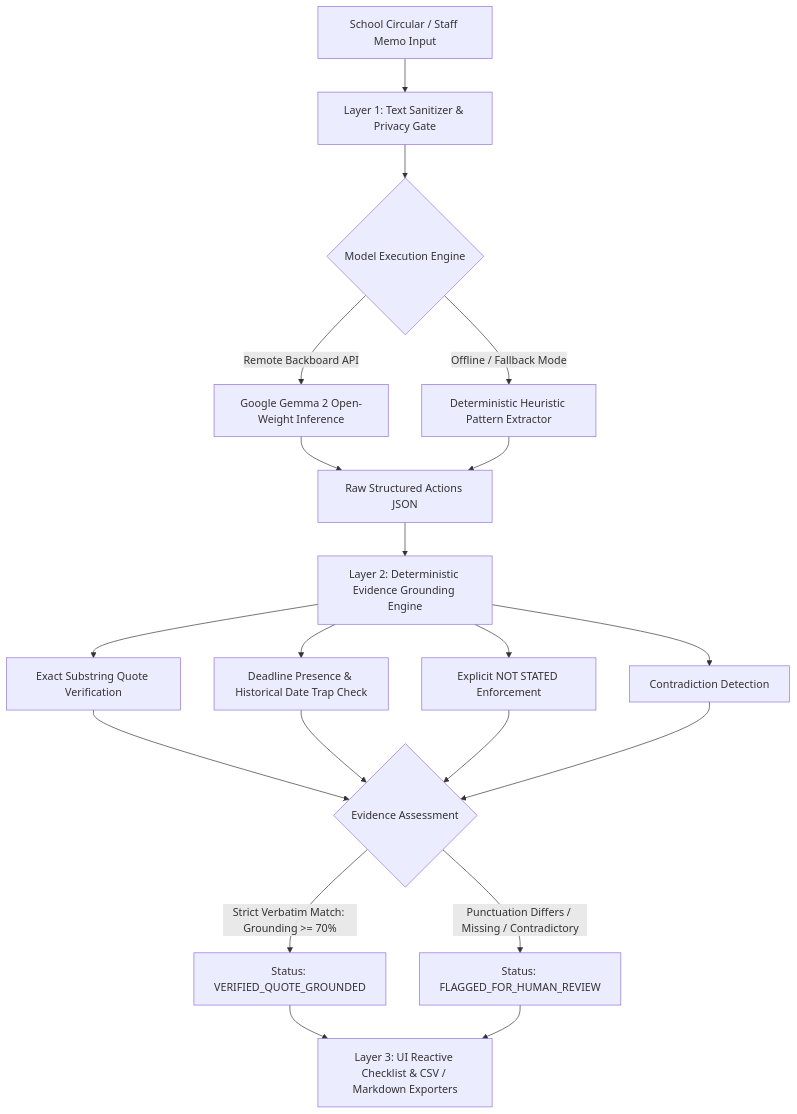
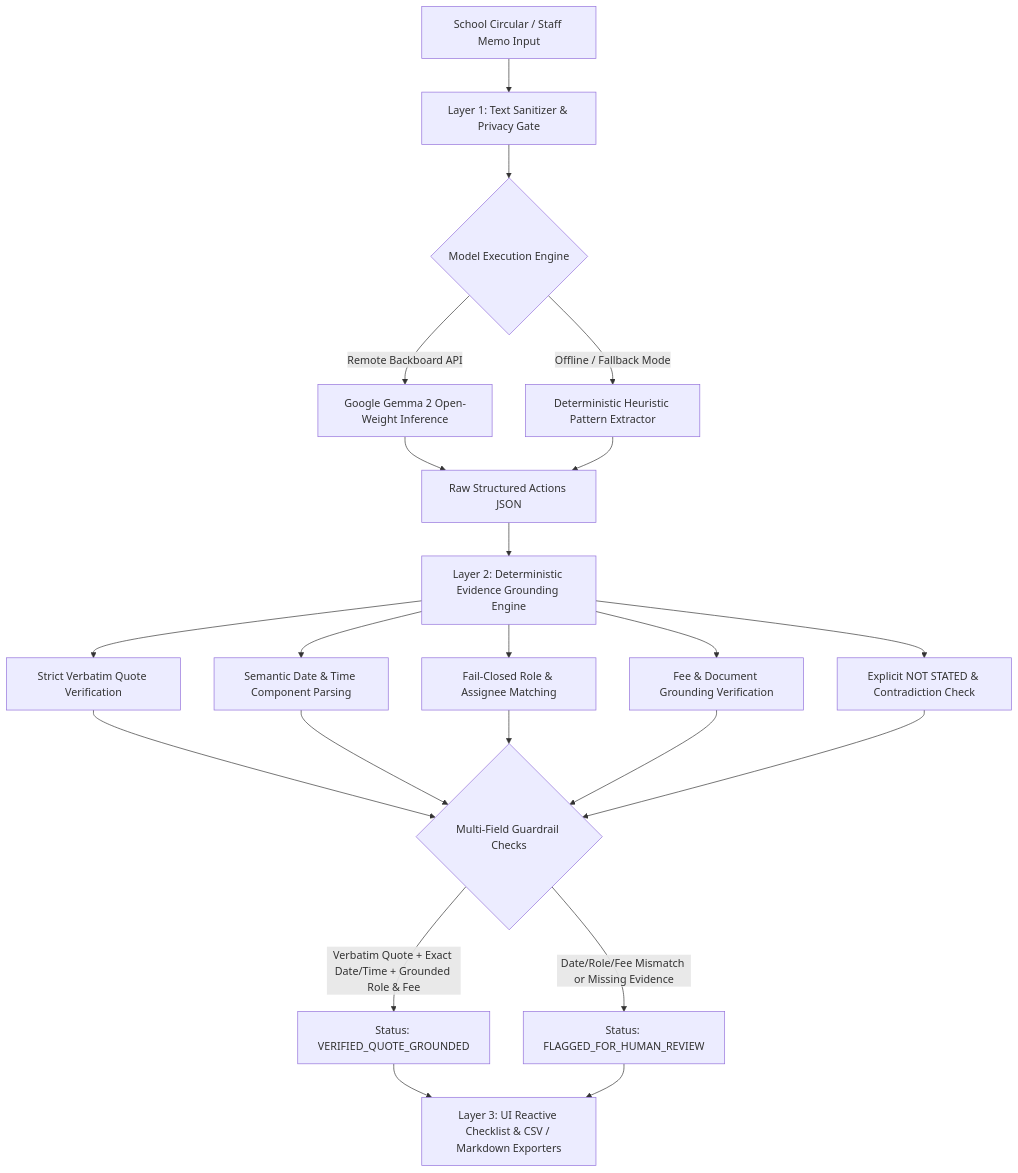
The diagram in README.md (diusazzad/notice2next), drawn with Mermaid before and after one commit. The commit also changed other lines of this file and 3 other files, not shown here.

Commit message:
fix(validator): resolve date ambiguity, partial role matching, and fee grounding; reconcile docs

````diff
--- a/README.md
+++ b/README.md
@@ -32,18 +32,19 @@
 ```mermaid
 flowchart TD
     A[School Circular / Staff Memo Input] --> B[Layer 1: Text Sanitizer & Privacy Gate]
     B --> C{Model Execution Engine}
     C -->|Remote Backboard API| D[Google Gemma 2 Open-Weight Inference]
     C -->|Offline / Fallback Mode| E[Deterministic Heuristic Pattern Extractor]
     D --> F[Raw Structured Actions JSON]
     E --> F
     F --> G[Layer 2: Deterministic Evidence Grounding Engine]
-    G --> H[Exact Substring Quote Verification]
-    G --> I[Deadline Presence & Historical Date Trap Check]
-    G --> J[Explicit NOT STATED Enforcement]
-    G --> K[Contradiction Detection]
-    H & I & J & K --> L{Evidence Assessment}
-    L -->|Strict Verbatim Match: Grounding >= 70%| M[Status: VERIFIED_QUOTE_GROUNDED]
-    L -->|Punctuation Differs / Missing / Contradictory| N[Status: FLAGGED_FOR_HUMAN_REVIEW]
-    M & N --> O[Layer 3: UI Reactive Checklist & CSV / Markdown Exporters]
+    G --> H[Strict Verbatim Quote Verification]
+    G --> I[Semantic Date & Time Component Parsing]
+    G --> J[Fail-Closed Role & Assignee Matching]
+    G --> K[Fee & Document Grounding Verification]
+    G --> L[Explicit NOT STATED & Contradiction Check]
+    H & I & J & K & L --> M{Multi-Field Guardrail Checks}
+    M -->|Verbatim Quote + Exact Date/Time + Grounded Role & Fee| N[Status: VERIFIED_QUOTE_GROUNDED]
+    M -->|Date/Role/Fee Mismatch or Missing Evidence| O[Status: FLAGGED_FOR_HUMAN_REVIEW]
+    N & O --> P[Layer 3: UI Reactive Checklist & CSV / Markdown Exporters]
 ```
````
